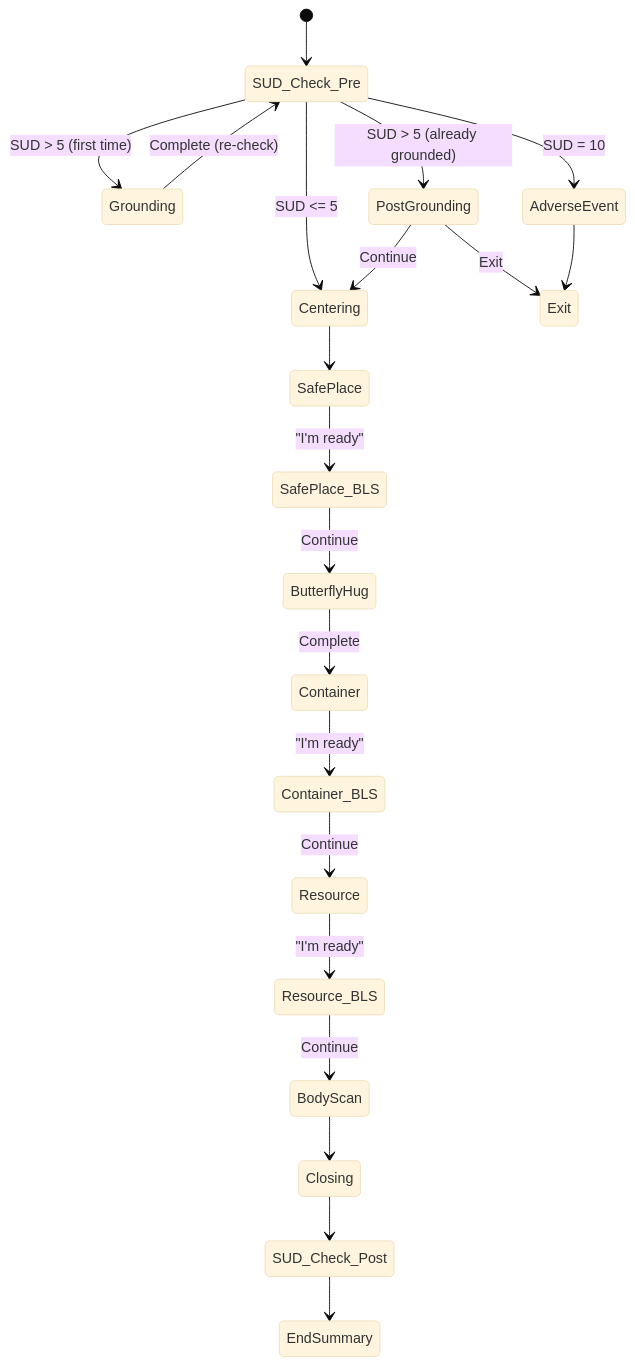
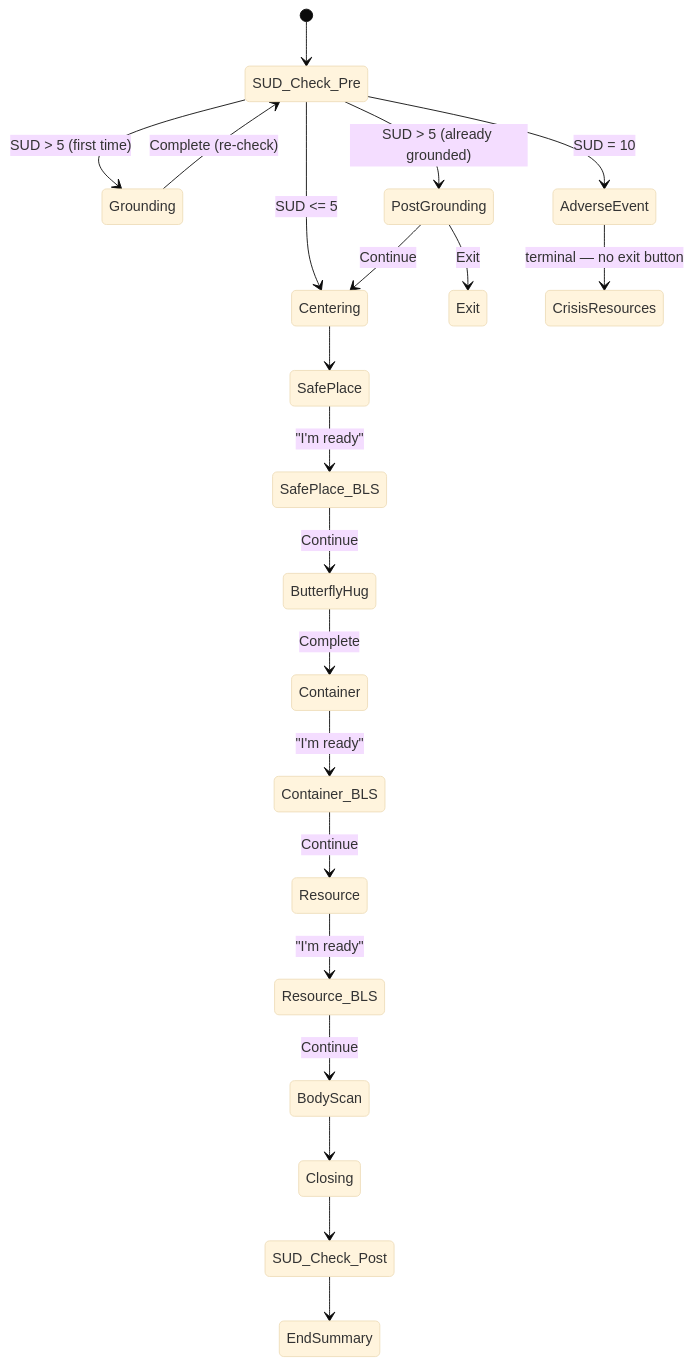
One commit to Airwhale/EMDR changed the second of 5 diagrams in docs/UX_FLOW.md. Above: the diagram before and after it, drawn with Mermaid (base theme). The commit also changed other lines of this file and 2 other files, not shown here.

````diff
--- a/docs/UX_FLOW.md
+++ b/docs/UX_FLOW.md
@@ -142,26 +142,26 @@
 ```mermaid
 stateDiagram-v2
     [*] --> SUD_Check_Pre
 
     SUD_Check_Pre --> Grounding : SUD > 5 (first time)
     SUD_Check_Pre --> PostGrounding : SUD > 5 (already grounded)
     SUD_Check_Pre --> AdverseEvent : SUD = 10
     SUD_Check_Pre --> Centering : SUD <= 5
 
     Grounding --> SUD_Check_Pre : Complete (re-check)
     PostGrounding --> Centering : Continue
     PostGrounding --> Exit : Exit
-    AdverseEvent --> Exit
+    AdverseEvent --> CrisisResources : terminal — no exit button
 
     Centering --> SafePlace
     SafePlace --> SafePlace_BLS : "I'm ready"
     SafePlace_BLS --> ButterflyHug : Continue
     ButterflyHug --> Container : Complete
     Container --> Container_BLS : "I'm ready"
     Container_BLS --> Resource : Continue
     Resource --> Resource_BLS : "I'm ready"
     Resource_BLS --> BodyScan : Continue
     BodyScan --> Closing
     Closing --> SUD_Check_Post
     SUD_Check_Post --> EndSummary
 ```
````
